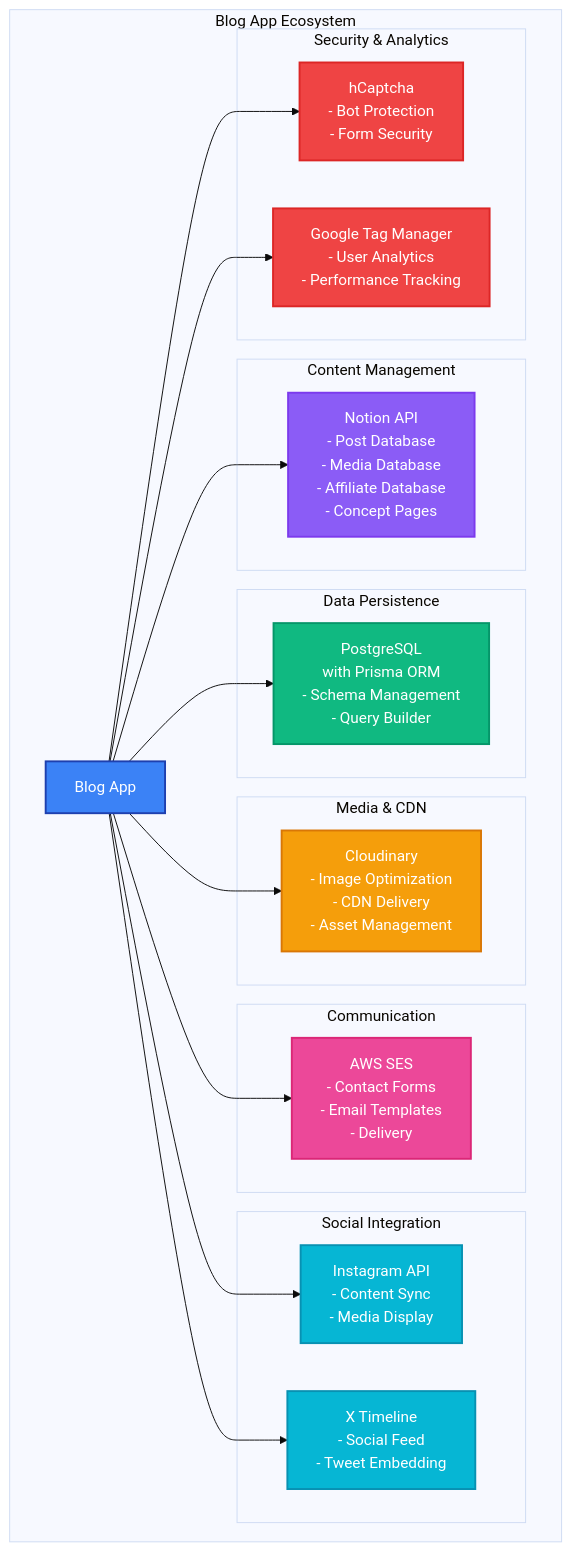
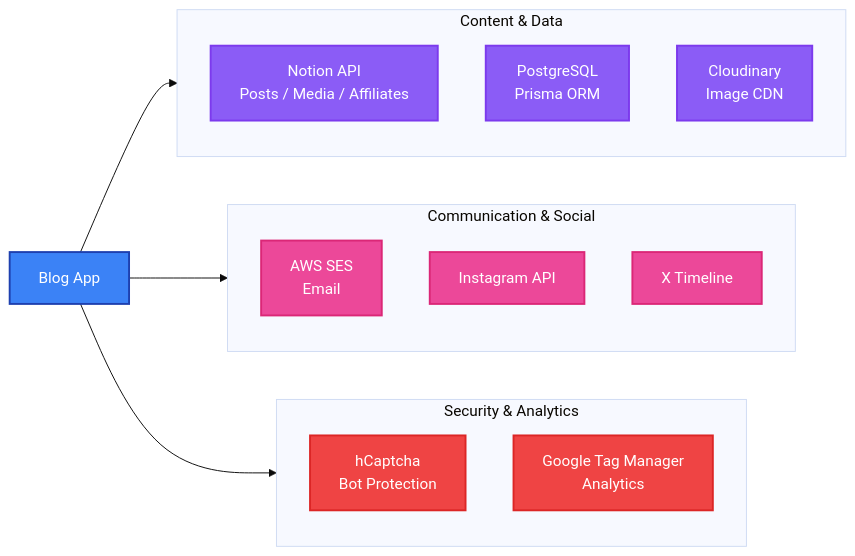
Before and after one commit to k2bg-technology/k2bg-branding: the third of 3 diagrams in apps/blog/README.md, drawn with Mermaid (base theme). The commit also changed other lines of this file and 2 other files, not shown here.

First line of the commit message:
📝 Docs: Simplify Mermaid diagrams in README documentation

````diff
--- a/apps/blog/README.md
+++ b/apps/blog/README.md
@@ -238,57 +220,38 @@
 ```mermaid
-flowchart TB
-    subgraph "Blog App Ecosystem"
-        BlogApp["Blog App"]
+flowchart LR
+    BlogApp["Blog App"]
 
-        subgraph "Content Management"
-            NotionCMS["Notion API<br/>- Post Database<br/>- Media Database<br/>- Affiliate Database<br/>- Concept Pages"]
-        end
-
-        subgraph "Data Persistence"
-            PostgreSQLDB["PostgreSQL<br/>with Prisma ORM<br/>- Schema Management<br/>- Query Builder"]
-        end
-
-        subgraph "Media & CDN"
-            CloudinaryService["Cloudinary<br/>- Image Optimization<br/>- CDN Delivery<br/>- Asset Management"]
-        end
-
-        subgraph "Communication"
-            EmailService["AWS SES<br/>- Contact Forms<br/>- Email Templates<br/>- Delivery"]
-        end
-
-        subgraph "Social Integration"
-            SocialMedia["Instagram API<br/>- Content Sync<br/>- Media Display"]
-            TwitterTimeline["X Timeline<br/>- Social Feed<br/>- Tweet Embedding"]
-        end
-
-        subgraph "Security & Analytics"
-            CaptchaService["hCaptcha<br/>- Bot Protection<br/>- Form Security"]
-            Analytics["Google Tag Manager<br/>- User Analytics<br/>- Performance Tracking"]
-        end
+    subgraph content["Content & Data"]
+        direction TB
+        Notion["Notion API<br/>Posts / Media / Affiliates"]
+        PostgreSQL["PostgreSQL<br/>Prisma ORM"]
+        Cloudinary["Cloudinary<br/>Image CDN"]
     end
 
-    BlogApp --> NotionCMS
-    BlogApp --> PostgreSQLDB
-    BlogApp --> CloudinaryService
-    BlogApp --> EmailService
-    BlogApp --> SocialMedia
-    BlogApp --> TwitterTimeline
-    BlogApp --> CaptchaService
-    BlogApp --> Analytics
+    subgraph communication["Communication & Social"]
+        direction TB
+        SES["AWS SES<br/>Email"]
+        Instagram["Instagram API"]
+        Twitter["X Timeline"]
+    end
+
+    subgraph infra["Security & Analytics"]
+        direction TB
+        hCaptcha["hCaptcha<br/>Bot Protection"]
+        GTM["Google Tag Manager<br/>Analytics"]
+    end
+
+    BlogApp --> content
+    BlogApp --> communication
+    BlogApp --> infra
 
     classDef appStyle fill:#3B82F6,stroke:#1E40AF,stroke-width:2px,color:#fff
-    classDef cmsStyle fill:#8B5CF6,stroke:#7C3AED,stroke-width:2px,color:#fff
-    classDef dataStyle fill:#10B981,stroke:#059669,stroke-width:2px,color:#fff
-    classDef mediaStyle fill:#F59E0B,stroke:#D97706,stroke-width:2px,color:#fff
+    classDef contentStyle fill:#8B5CF6,stroke:#7C3AED,stroke-width:2px,color:#fff
     classDef commStyle fill:#EC4899,stroke:#DB2777,stroke-width:2px,color:#fff
-    classDef socialStyle fill:#06B6D4,stroke:#0891B2,stroke-width:2px,color:#fff
-    classDef securityStyle fill:#EF4444,stroke:#DC2626,stroke-width:2px,color:#fff
+    classDef infraStyle fill:#EF4444,stroke:#DC2626,stroke-width:2px,color:#fff
 
     class BlogApp appStyle
-    class NotionCMS cmsStyle
-    class PostgreSQLDB dataStyle
-    class CloudinaryService mediaStyle
-    class EmailService commStyle
-    class SocialMedia,TwitterTimeline socialStyle
-    class CaptchaService,Analytics securityStyle
+    class Notion,PostgreSQL,Cloudinary contentStyle
+    class SES,Instagram,Twitter commStyle
+    class hCaptcha,GTM infraStyle
 ```
````
